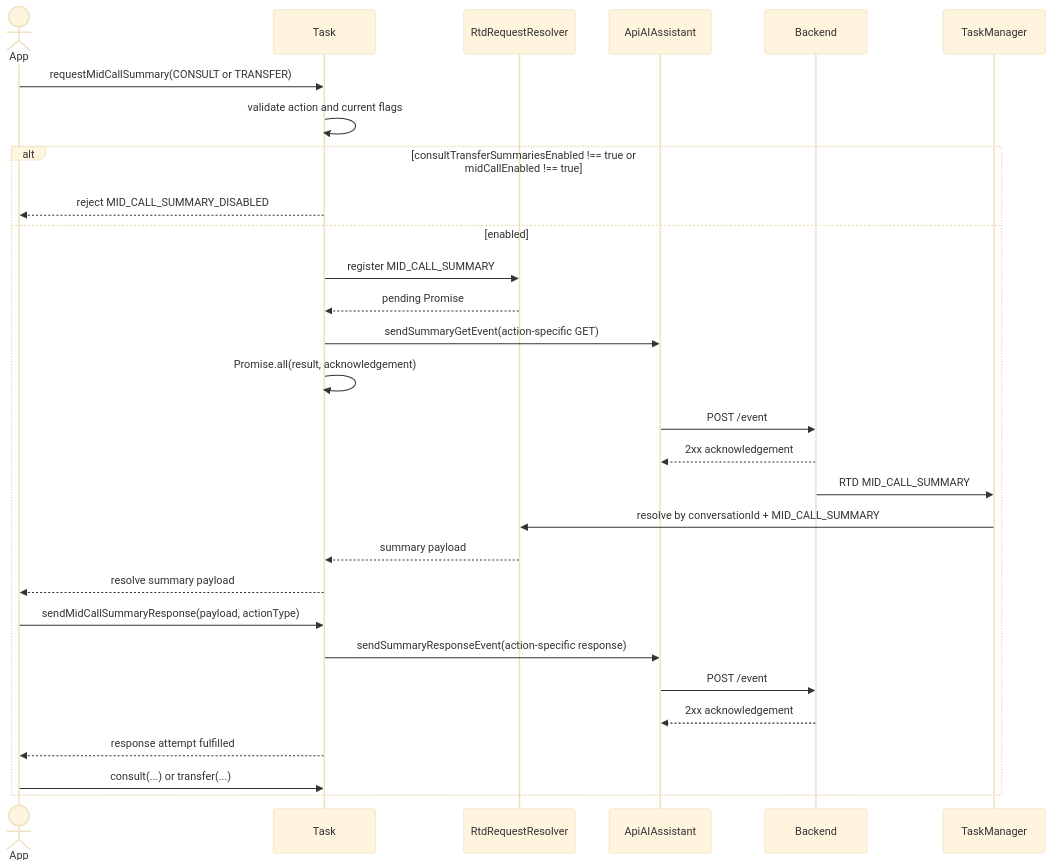
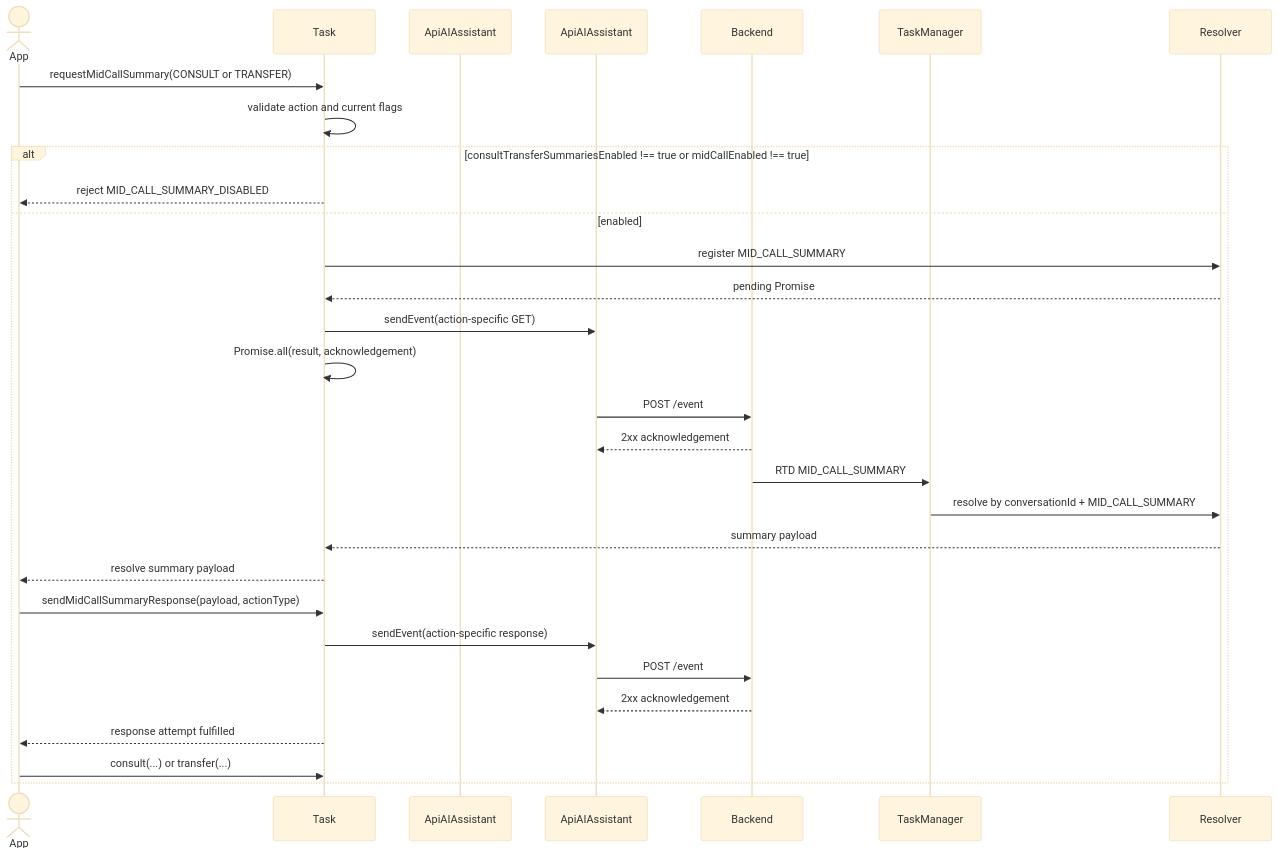
Before and after one commit to webex/webex-js-sdk: the eighth of 10 diagrams in packages/@webex/contact-center/src/services/task/ai-docs/ARCHITECTURE.md, drawn with Mermaid (base theme). The commit also changed other lines of this file and 22 other files, not shown here.

Commit message:
refactor(contact-center): simplify AI summary RTD handling

````diff
--- a/packages/@webex/contact-center/src/services/task/ai-docs/ARCHITECTURE.md
+++ b/packages/@webex/contact-center/src/services/task/ai-docs/ARCHITECTURE.md
@@ -473,32 +473,32 @@
 ```mermaid
 sequenceDiagram
   actor App
   participant Task
-  participant Resolver as RtdRequestResolver
+  participant Api as ApiAIAssistant
   participant API as ApiAIAssistant
   participant Backend
   participant TM as TaskManager
 
   App->>Task: requestMidCallSummary(CONSULT or TRANSFER)
   Task->>Task: validate action and current flags
   alt consultTransferSummariesEnabled !== true or midCallEnabled !== true
     Task-->>App: reject MID_CALL_SUMMARY_DISABLED
   else enabled
     Task->>Resolver: register MID_CALL_SUMMARY
     Resolver-->>Task: pending Promise
-    Task->>API: sendSummaryGetEvent(action-specific GET)
+    Task->>API: sendEvent(action-specific GET)
     Task->>Task: Promise.all(result, acknowledgement)
     API->>Backend: POST /event
     Backend-->>API: 2xx acknowledgement
     Backend->>TM: RTD MID_CALL_SUMMARY
     TM->>Resolver: resolve by conversationId + MID_CALL_SUMMARY
     Resolver-->>Task: summary payload
     Task-->>App: resolve summary payload
     App->>Task: sendMidCallSummaryResponse(payload, actionType)
-    Task->>API: sendSummaryResponseEvent(action-specific response)
+    Task->>API: sendEvent(action-specific response)
     API->>Backend: POST /event
     Backend-->>API: 2xx acknowledgement
     Task-->>App: response attempt fulfilled
     App->>Task: consult(...) or transfer(...)
   end
 ```
````
